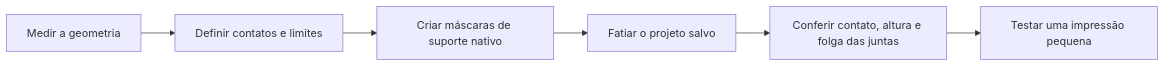
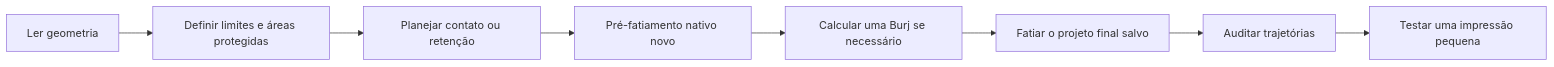
The diagram in README.pt-BR.md (MoraesGil/Dedalo3Dskills), drawn with Mermaid before and after one commit. The commit also changed other lines of this file and 48 other files, not shown here.

````diff
--- a/README.pt-BR.md
+++ b/README.pt-BR.md
@@ -71,8 +87,10 @@
 ```mermaid
 flowchart LR
-    A[Medir a geometria] --> B[Definir contatos e limites]
-    B --> C[Criar máscaras de suporte nativo]
-    C --> D[Fatiar o projeto salvo]
-    D --> E[Conferir contato, altura e folga das juntas]
-    E --> F[Testar uma impressão pequena]
+    A[Ler geometria] --> B[Definir limites e áreas protegidas]
+    B --> C[Planejar contato ou retenção]
+    C --> D[Pré-fatiamento nativo novo]
+    D --> E[Calcular uma Burj se necessário]
+    E --> F[Fatiar o projeto final salvo]
+    F --> G[Auditar trajetórias]
+    G --> H[Testar uma impressão pequena]
 ```
````
